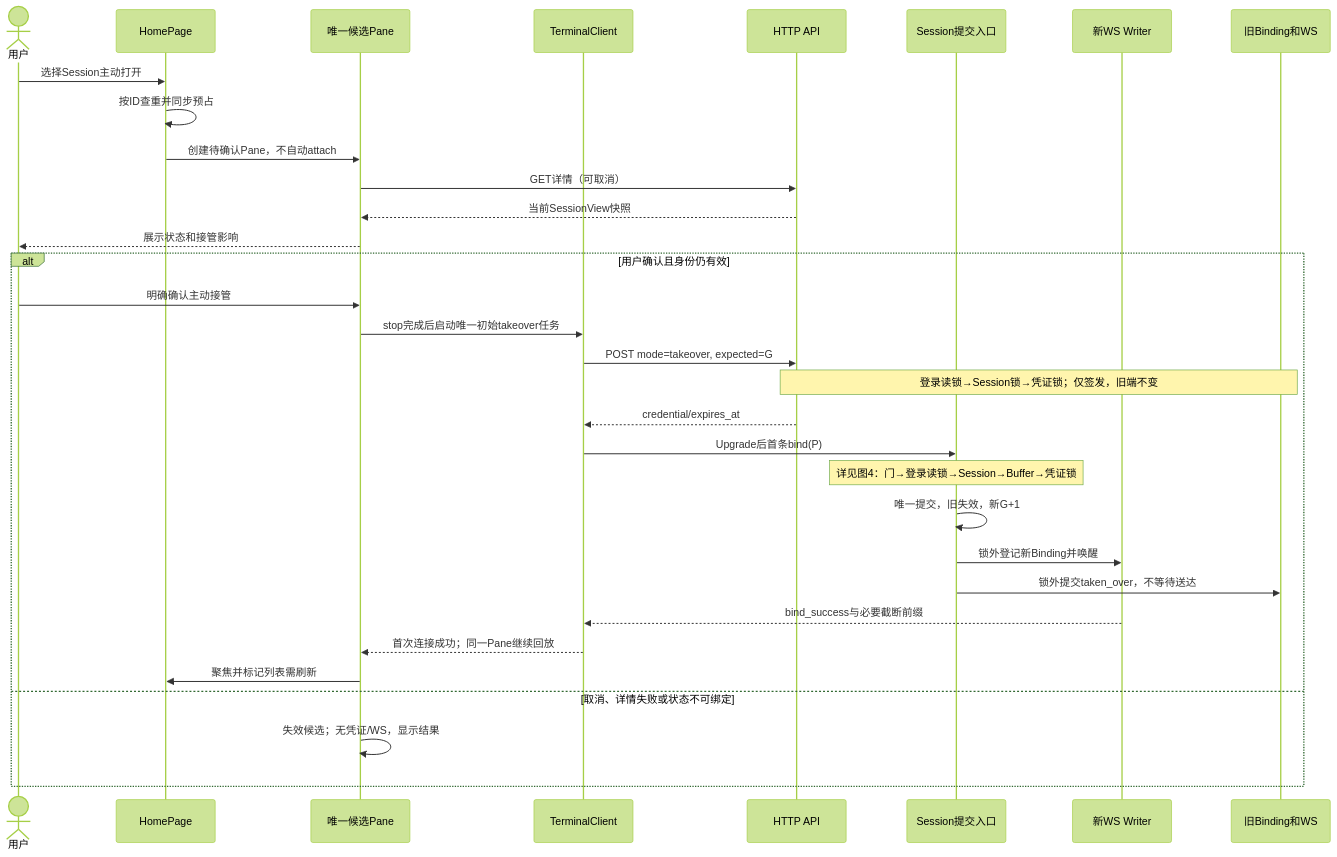
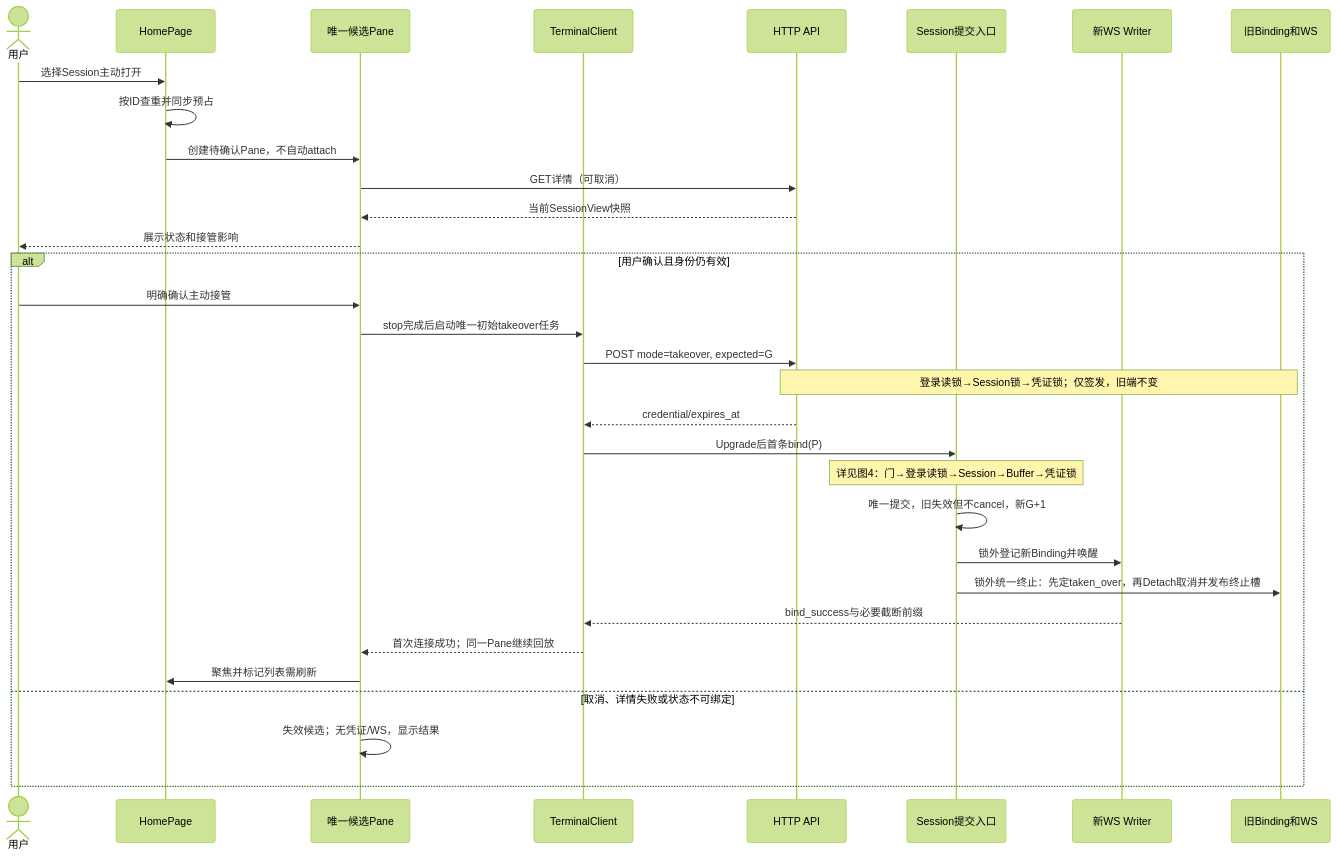
One commit to stearsc/web-ssh changed the second of 8 diagrams in doc/stage-5-implementation-plan.md. Above: the diagram before and after it, drawn with Mermaid (forest theme). The commit also changed other lines of this file, not shown here.

````diff
--- a/doc/stage-5-implementation-plan.md
+++ b/doc/stage-5-implementation-plan.md
@@ -284,34 +412,34 @@
 ```mermaid
 sequenceDiagram
     actor U as 用户
     participant H as HomePage
     participant P as 唯一候选Pane
     participant C as TerminalClient
     participant API as HTTP API
     participant S as Session提交入口
     participant W as 新WS Writer
     participant O as 旧Binding和WS
     U->>H: 选择Session主动打开
     H->>H: 按ID查重并同步预占
     H->>P: 创建待确认Pane，不自动attach
     P->>API: GET详情（可取消）
     API-->>P: 当前SessionView快照
     P-->>U: 展示状态和接管影响
     alt 用户确认且身份仍有效
         U->>P: 明确确认主动接管
         P->>C: stop完成后启动唯一初始takeover任务
         C->>API: POST mode=takeover, expected=G
         Note over API,O: 登录读锁→Session锁→凭证锁；仅签发，旧端不变
         API-->>C: credential/expires_at
         C->>S: Upgrade后首条bind(P)
         Note over S: 详见图4：门→登录读锁→Session→Buffer→凭证锁
-        S->>S: 唯一提交，旧失效，新G+1
+        S->>S: 唯一提交，旧失效但不cancel，新G+1
         S->>W: 锁外登记新Binding并唤醒
-        S->>O: 锁外提交taken_over，不等待送达
+        S->>O: 锁外统一终止：先定taken_over，再Detach取消并发布终止槽
         W-->>C: bind_success与必要截断前缀
         C-->>P: 首次连接成功；同一Pane继续回放
         P->>H: 聚焦并标记列表需刷新
     else 取消、详情失败或状态不可绑定
         P->>P: 失效候选；无凭证/WS，显示结果
     end
 ```
````
